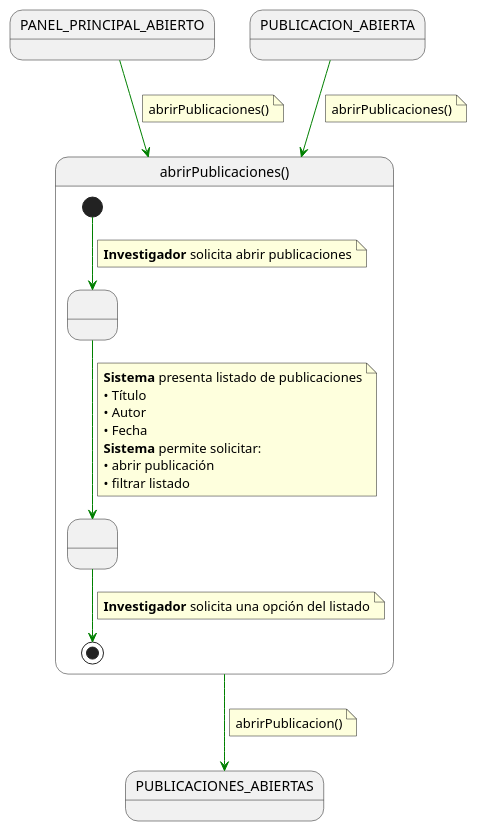
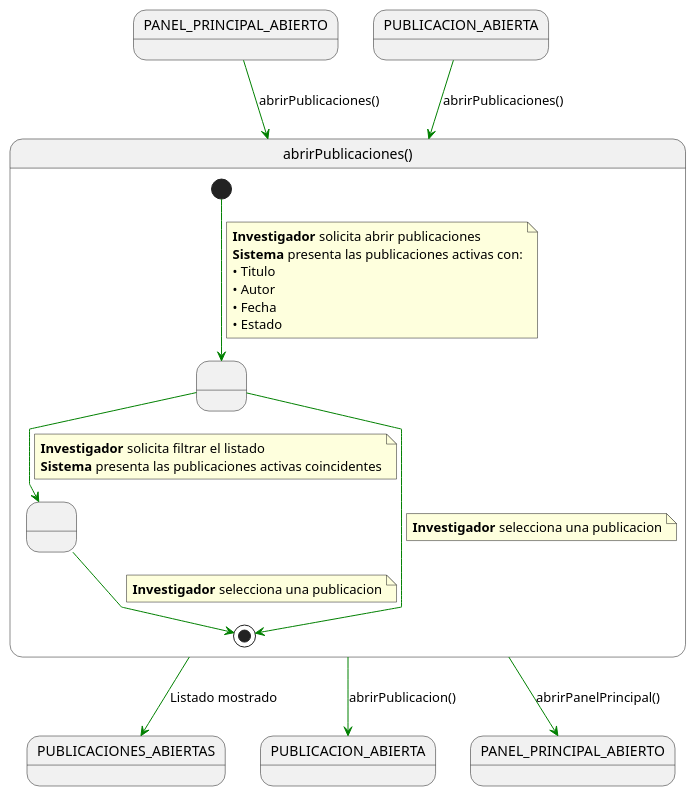
Before and after one commit to beatriizorozco/25-26-idsw2-sdVC: the diagram in modelosUML/RUP/00-casos-uso/02-detalle/investigador/abrirPublicaciones/especificacion.puml, drawn with PlantUML. The commit also changed 44 other files, not shown here.

```diff
--- a/modelosUML/RUP/00-casos-uso/02-detalle/investigador/abrirPublicaciones/especificacion.puml
+++ b/modelosUML/RUP/00-casos-uso/02-detalle/investigador/abrirPublicaciones/especificacion.puml
@@ -1,50 +1,43 @@
 @startuml abrirPublicaciones
-
 skinparam linetype polyline
 
-state in2 as "PANEL_PRINCIPAL_ABIERTO"
-in2 -[#green]-> abrirPublicaciones
-note on link
-abrirPublicaciones()
-end note
-
-state in1 as "PUBLICACION_ABIERTA"
-in1 -[#green]-> abrirPublicaciones
-note on link
-abrirPublicaciones()
-end note
+state in1 as "PANEL_PRINCIPAL_ABIERTO"
+state in2 as "PUBLICACION_ABIERTA"
+in1 -[#green]-> abrirPublicaciones : abrirPublicaciones()
+in2 -[#green]-> abrirPublicaciones : abrirPublicaciones()
 
 state abrirPublicaciones as "abrirPublicaciones()" {
-
     state " " as MostrandoListado
     state " " as FiltrandoListado
 
     [*] -[#green]-> MostrandoListado
     note on link
     <b>Investigador</b> solicita abrir publicaciones
+    <b>Sistema</b> presenta las publicaciones activas con:
+    • Titulo
+    • Autor
+    • Fecha
+    • Estado
     end note
 
     MostrandoListado -[#green]-> FiltrandoListado
     note on link
-    <b>Sistema</b> presenta listado de publicaciones
-    • Título
-    • Autor
-    • Fecha
-    <b>Sistema</b> permite solicitar:
-    • abrir publicación
-    • filtrar listado
+    <b>Investigador</b> solicita filtrar el listado
+    <b>Sistema</b> presenta las publicaciones activas coincidentes
+    end note
+
+    MostrandoListado -[#green]-> [*]
+    note on link
+    <b>Investigador</b> selecciona una publicacion
     end note
 
     FiltrandoListado -[#green]-> [*]
     note on link
-    <b>Investigador</b> solicita una opción del listado
+    <b>Investigador</b> selecciona una publicacion
     end note
 }
 
-
-abrirPublicaciones -[#green]-> PUBLICACIONES_ABIERTAS
-note on link
-abrirPublicacion()
-end note
-
+abrirPublicaciones -[#green]-> PUBLICACIONES_ABIERTAS : Listado mostrado
+abrirPublicaciones -[#green]-> PUBLICACION_ABIERTA : abrirPublicacion()
+abrirPublicaciones -[#green]-> PANEL_PRINCIPAL_ABIERTO : abrirPanelPrincipal()
 @enduml
```
